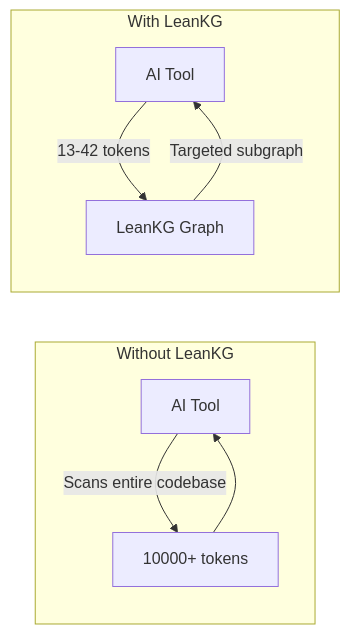
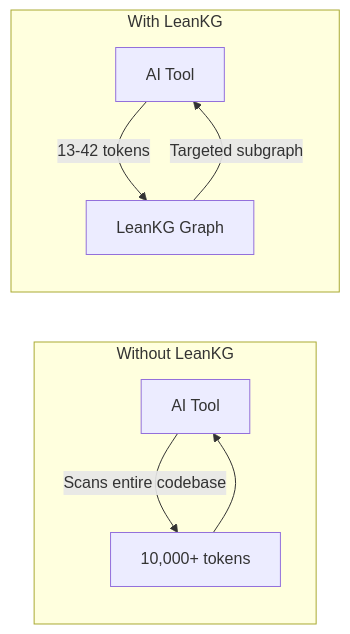
One commit to FreePeak/LeanKG changed the first of 3 diagrams in README.md. Above: the diagram before and after it, drawn with Mermaid. The commit also changed other lines of this file and 2 other files, not shown here.

````diff
--- a/README.md
+++ b/README.md
@@ -19,12 +19,12 @@
 ```mermaid
 graph LR
     subgraph "Without LeanKG"
-        A1[AI Tool] -->|Scans entire codebase| B1[10000+ tokens]
+        A1[AI Tool] -->|Scans entire codebase| B1[10,000+ tokens]
         B1 --> A1
     end
 
     subgraph "With LeanKG"
         A2[AI Tool] -->|13-42 tokens| C[LeanKG Graph]
         C -->|Targeted subgraph| A2
     end
 ```
````
